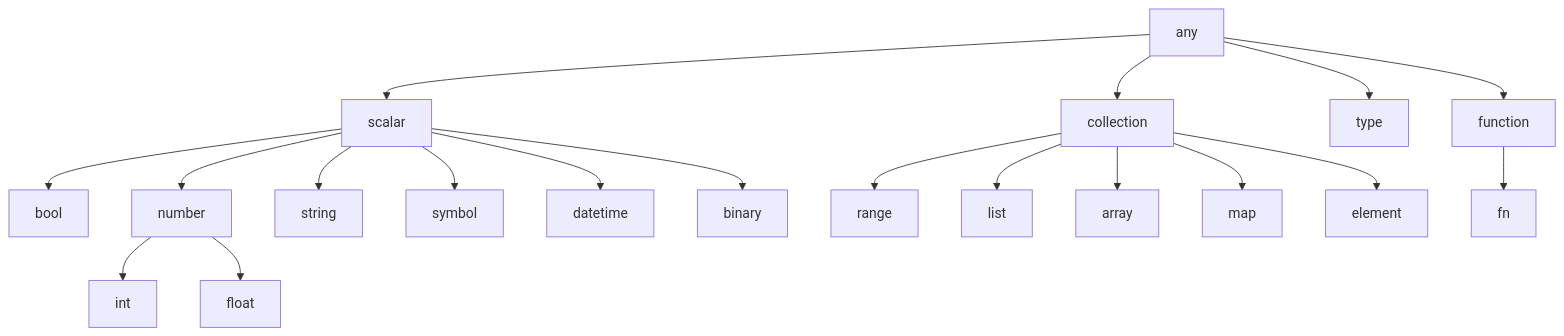
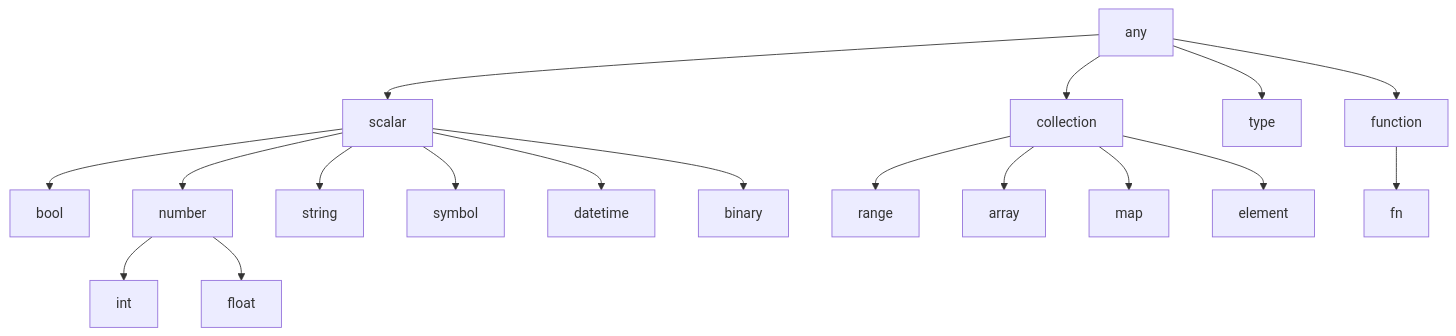
One commit to henry-luo/lambda changed the diagram in doc/Lambda_Type.md. Above: the diagram before and after it, drawn with Mermaid. The commit also changed other lines of this file and 8 other files, not shown here.

````diff
--- a/doc/Lambda_Type.md
+++ b/doc/Lambda_Type.md
@@ -92,21 +92,20 @@
 ```mermaid
 flowchart TD
     any --> scalar
     any --> collection
     any --> type
     any --> function
     scalar --> bool
     scalar --> number
     scalar --> string
     scalar --> symbol
     scalar --> datetime
     scalar --> binary
     number --> int
     number --> float
     collection --> range
-    collection --> list
     collection --> array
     collection --> map
     collection --> element
     function --> fn
 ```
````
